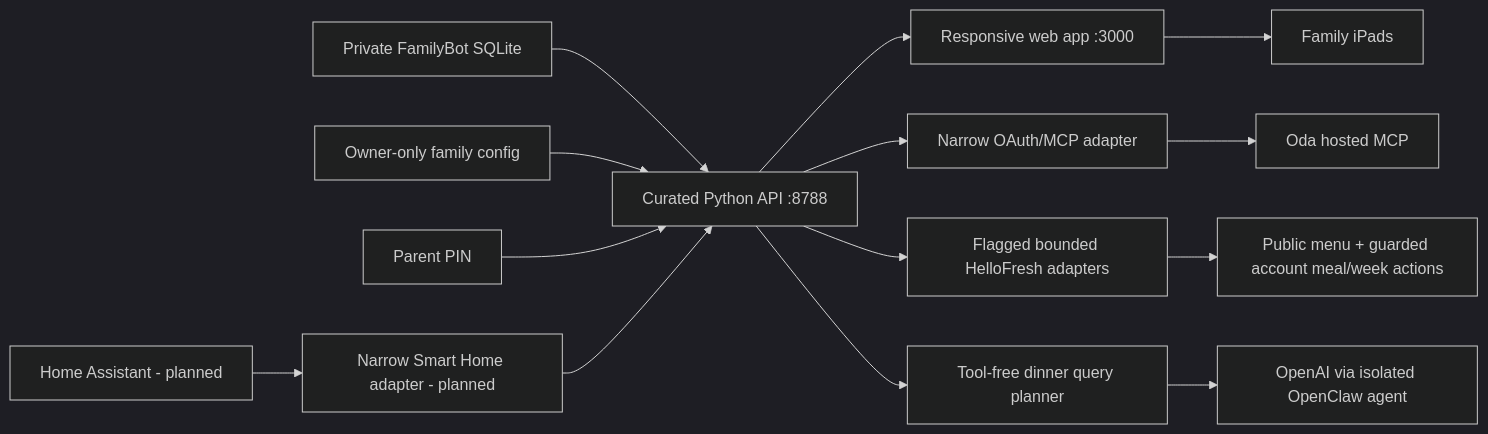
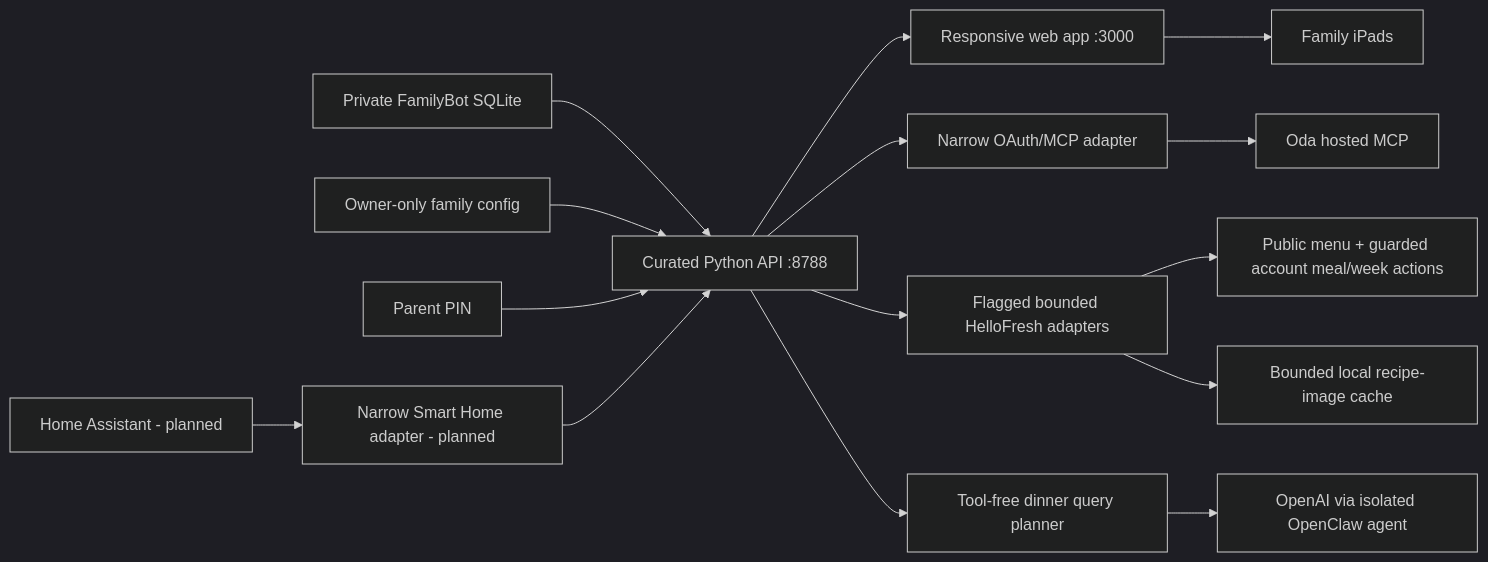
One commit to TrygveAasheim/familybot-portal changed the diagram in docs/DEVELOPMENT_GUIDE.md. Above: the diagram before and after it, drawn with Mermaid (dark theme). The commit also changed other lines of this file and 15 other files, not shown here.

First line of the commit message:
perf(hellofresh): cache recipe images locally

````diff
--- a/docs/DEVELOPMENT_GUIDE.md
+++ b/docs/DEVELOPMENT_GUIDE.md
@@ -25,16 +25,17 @@
 ```mermaid
 flowchart LR
   DB["Private FamilyBot SQLite"] --> API["Curated Python API :8788"]
   Config["Owner-only family config"] --> API
   API --> Web["Responsive web app :3000"]
   API --> Oda["Narrow OAuth/MCP adapter"]
   Oda --> OdaMCP["Oda hosted MCP"]
   API --> HF["Flagged bounded HelloFresh adapters"]
   HF --> HFNO["Public menu + guarded account meal/week actions"]
+  HF --> HFCache["Bounded local recipe-image cache"]
   API --> Dinner["Tool-free dinner query planner"]
   Dinner --> OpenAI["OpenAI via isolated OpenClaw agent"]
   Web --> iPad["Family iPads"]
   Parent["Parent PIN"] --> API
   HA["Home Assistant - planned"] --> Smart["Narrow Smart Home adapter - planned"]
   Smart --> API
 ```
````
